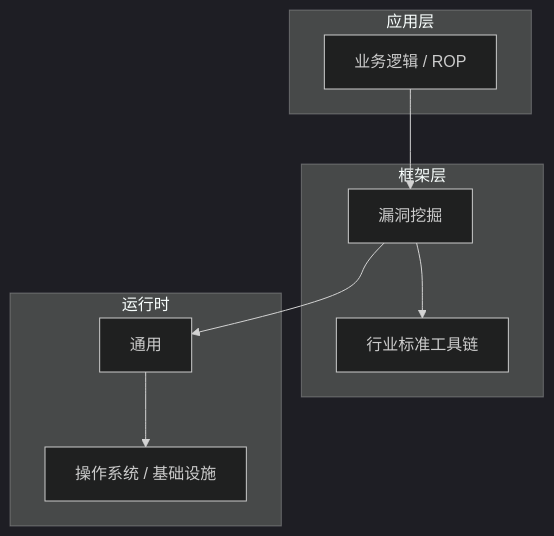
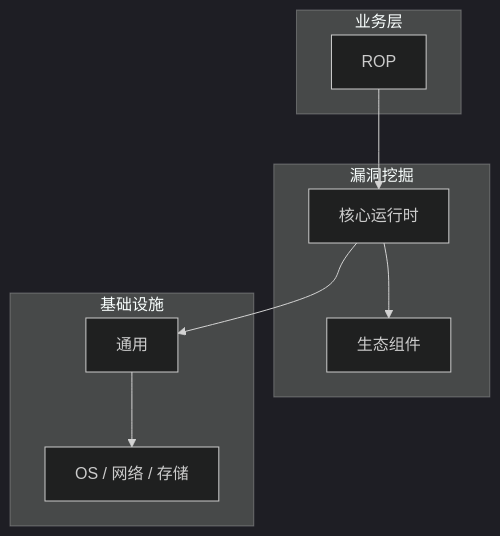
The diagram in articles/漏洞挖掘/chapters/046-ROP核心概念与原理.md (yanggan2015/knowledge-json-v2), drawn with Mermaid (dark theme) before and after one commit. The commit also changed other lines of this file and 10127 other files, not shown here.

````diff
--- a/articles/漏洞挖掘/chapters/046-ROP核心概念与原理.md
+++ b/articles/漏洞挖掘/chapters/046-ROP核心概念与原理.md
@@ -46,18 +31,18 @@
 ```mermaid
 graph TB
-    subgraph 应用层
-        A[业务逻辑 / ROP]
+    subgraph 业务层
+        A[ROP]
     end
-    subgraph 框架层
-        B[漏洞挖掘]
-        C[行业标准工具链]
+    subgraph 漏洞挖掘
+        B[核心运行时]
+        C[生态组件]
     end
-    subgraph 运行时
+    subgraph 基础设施
         D[通用]
-        E[操作系统 / 基础设施]
+        E[OS / 网络 / 存储]
     end
     A --> B
     B --> C
     B --> D
     D --> E
 ```
````
